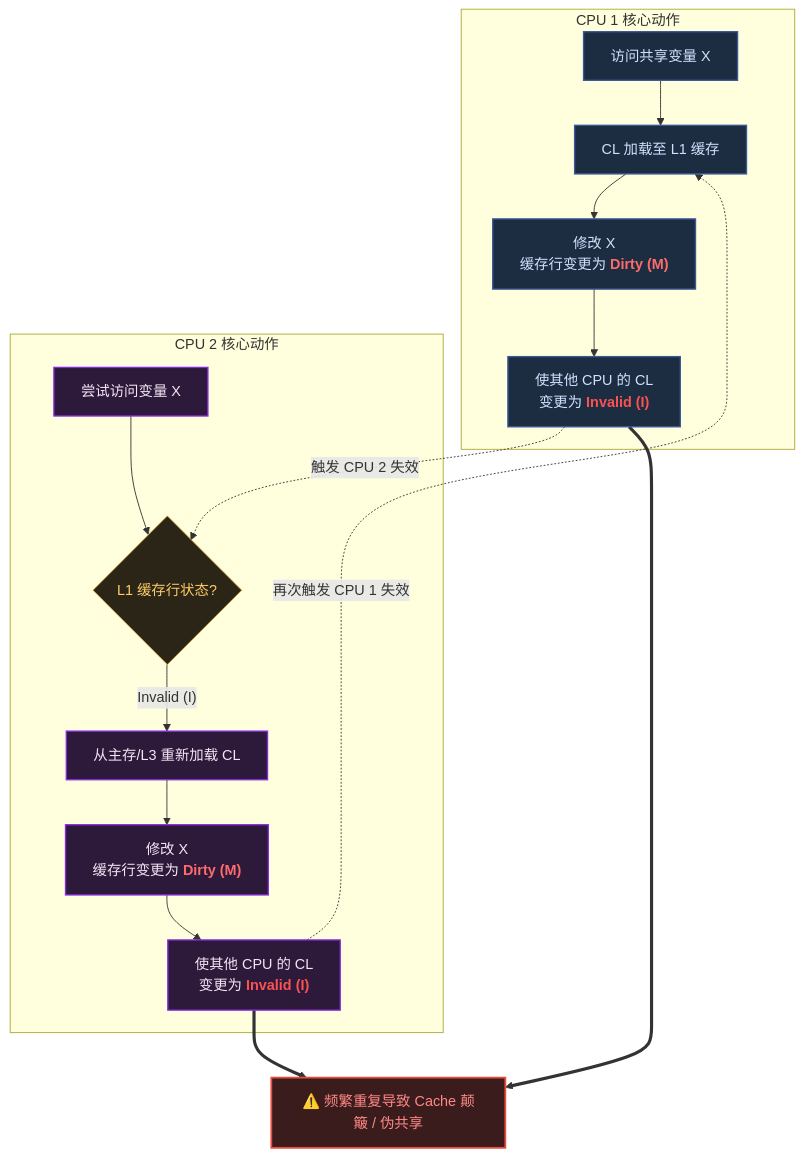
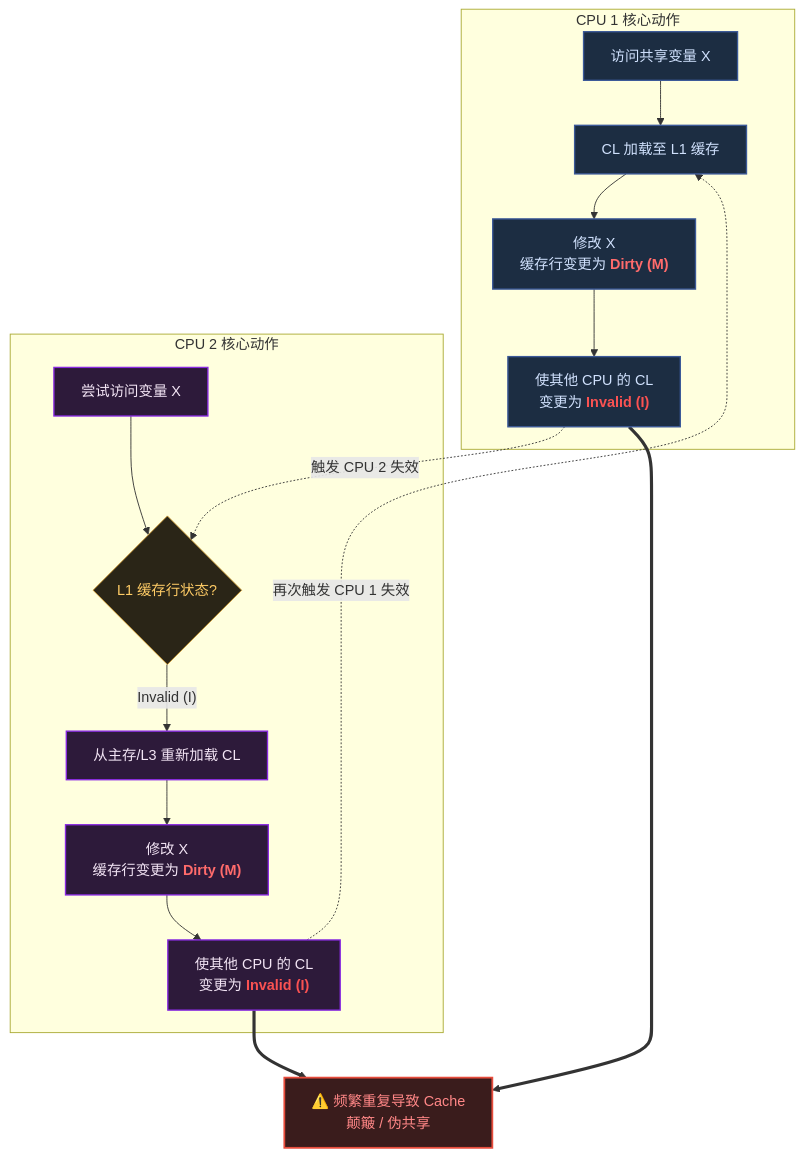
Before and after one commit to teatang/t-blog: the second of 2 diagrams in source/_posts/2026/2026-05-19_Golang 读写锁底层竞争与 Cache 抖动详解.md, drawn with Mermaid.

Commit message:
update bolg

```diff
--- a/source/_posts/2026/2026-05-19_Golang 读写锁底层竞争与 Cache 抖动详解.md
+++ b/source/_posts/2026/2026-05-19_Golang 读写锁底层竞争与 Cache 抖动详解.md
@@ -227,40 +227,40 @@
 {% mermaid %}
 graph TD
     %% 核心冲突现象（全局高亮）
-    K[⚠️ 频繁重复导致 Cache 颠簸 / 伪共享]
+    K[⚠️ 频繁重复导致 Cache <br/>颠簸 / 伪共享]
 
     %% CPU 1 事务流
     subgraph CPU_1 [CPU 1 核心动作]
         A[访问共享变量 X] --> B[CL 加载至 L1 缓存]
         B --> C["修改 X <br> 缓存行变更为 <font color='#ff6b6b'><b>Dirty (M)</b></font>"]
         C --> D["使其他 CPU 的 CL <br> 变更为 <font color='#fa5252'><b>Invalid (I)</b></font>"]
     end
 
     %% CPU 2 事务流
     subgraph CPU_2 [CPU 2 核心动作]
         E[尝试访问变量 X] --> F{L1 缓存行状态?}
         F -- Invalid (I) --> G[从主存/L3 重新加载 CL]
         G --> H["修改 X <br> 缓存行变更为 <font color='#ff6b6b'><b>Dirty (M)</b></font>"]
         H --> I["使其他 CPU 的 CL <br> 变更为 <font color='#fa5252'><b>Invalid (I)</b></font>"]
     end
 
     %% 触发机制连线
     D -. 触发 CPU 2 失效 .-> F
     I -. 再次触发 CPU 1 失效 .-> B
     
     %% 恶性循环连线
     D ==> K
     I ==> K
 
     %% 深色模式专属样式定义
     classDef default fill:#1e1e1e,stroke:#444,stroke-width:1px,color:#e0e0e0;
     classDef cpu1 fill:#1c2d42,stroke:#3b5998,stroke-width:1.5px,color:#d0e1fd;
     classDef cpu2 fill:#2d1a3a,stroke:#8a2be2,stroke-width:1.5px,color:#f3e5f5;
     classDef judge fill:#2a2517,stroke:#cc9933,stroke-width:1px,color:#ffcc66;
     classDef warning fill:#3a1c1c,stroke:#e74c3c,stroke-width:2px,color:#ff8787;
     
     class A,B,C,D cpu1;
     class E,G,H,I cpu2;
     class F judge;
     class K warning;
 {% endmermaid %}
```
